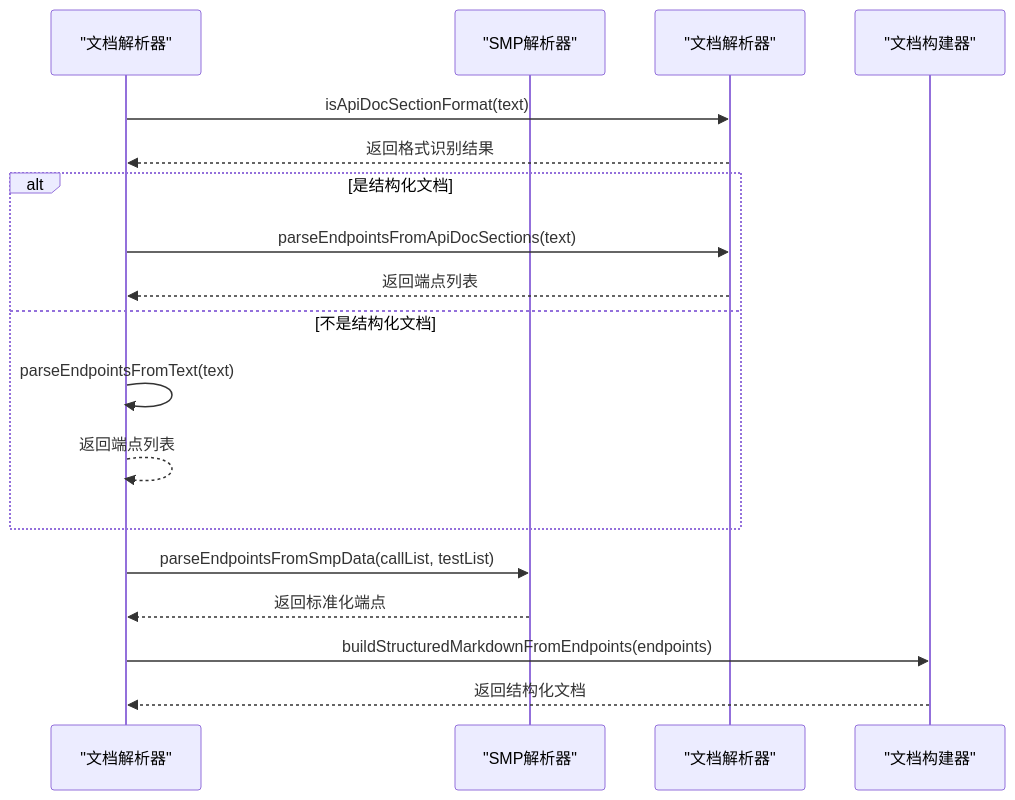
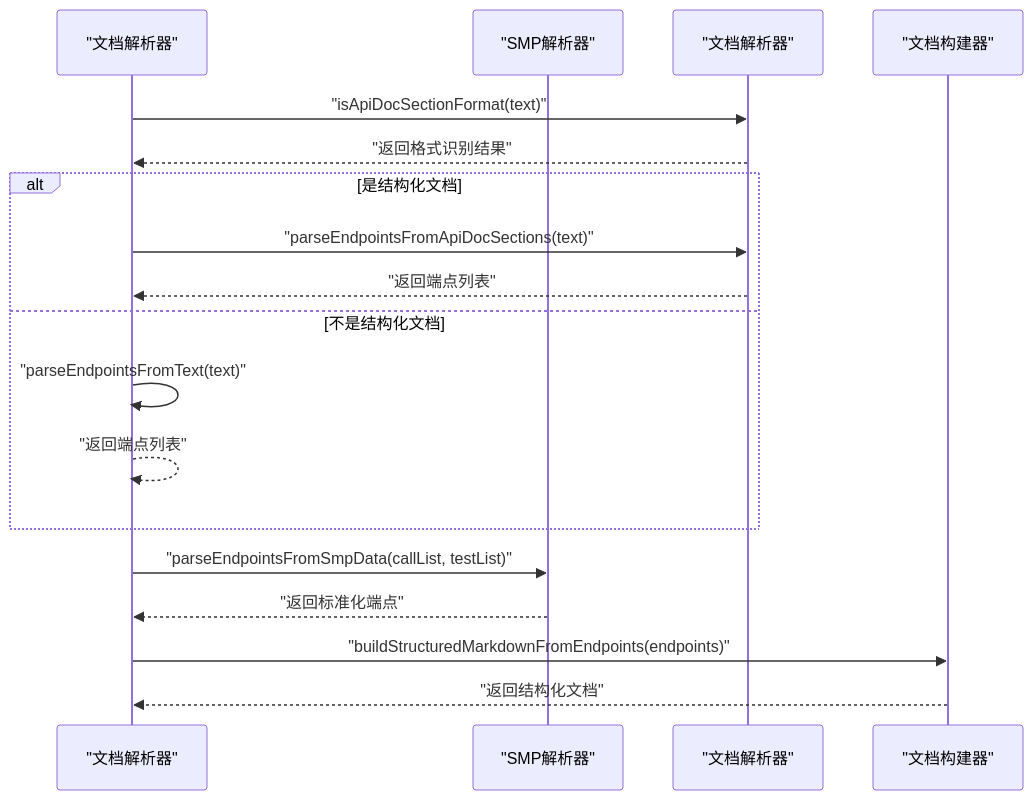
The sixth of 9 diagrams in .qoder/repowiki/zh/content/核心功能模块/API 测试模块.md (Lichhu/caseForge), drawn with Mermaid before and after one commit. The commit also changed other lines of this file and 40 other files, not shown here.

````diff
--- a/.qoder/repowiki/zh/content/核心功能模块/API 测试模块.md
+++ b/.qoder/repowiki/zh/content/核心功能模块/API 测试模块.md
@@ -319,20 +367,20 @@
 ```mermaid
 sequenceDiagram
 participant Parser as "文档解析器"
 participant SmpParser as "SMP解析器"
 participant DocParser as "文档解析器"
 participant Builder as "文档构建器"
-Parser->>DocParser : isApiDocSectionFormat(text)
-DocParser-->>Parser : 返回格式识别结果
+Parser->>DocParser : "isApiDocSectionFormat(text)"
+DocParser-->>Parser : "返回格式识别结果"
 alt 是结构化文档
-Parser->>DocParser : parseEndpointsFromApiDocSections(text)
-DocParser-->>Parser : 返回端点列表
+Parser->>DocParser : "parseEndpointsFromApiDocSections(text)"
+DocParser-->>Parser : "返回端点列表"
 else 不是结构化文档
-Parser->>Parser : parseEndpointsFromText(text)
-Parser-->>Parser : 返回端点列表
+Parser->>Parser : "parseEndpointsFromText(text)"
+Parser-->>Parser : "返回端点列表"
 end
-Parser->>SmpParser : parseEndpointsFromSmpData(callList, testList)
-SmpParser-->>Parser : 返回标准化端点
-Parser->>Builder : buildStructuredMarkdownFromEndpoints(endpoints)
-Builder-->>Parser : 返回结构化文档
+Parser->>SmpParser : "parseEndpointsFromSmpData(callList, testList)"
+SmpParser-->>Parser : "返回标准化端点"
+Parser->>Builder : "buildStructuredMarkdownFromEndpoints(endpoints)"
+Builder-->>Parser : "返回结构化文档"
 ```
````
